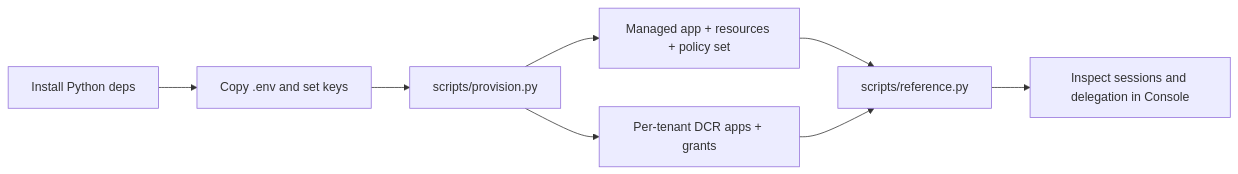
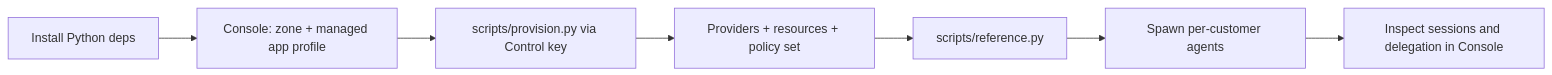
Before and after one commit to Ashutoshx7/caracal: the diagram in docs/src/content/docs/examples/lynx-capital.mdx, drawn with Mermaid. The commit also changed other lines of this file and 3 other files, not shown here.

Commit message:
Refactor Lynx Capital documentation and environment files to replace 'tenant' terminology with 'customer' for clarity; update README, .env.example, and .env.provision.example to reflect customer-centric model.

````diff
--- a/docs/src/content/docs/examples/lynx-capital.mdx
+++ b/docs/src/content/docs/examples/lynx-capital.mdx
@@ -36,10 +39,9 @@
 ```mermaid
 flowchart LR
-  Install[Install Python deps] --> Env[Copy .env and set keys]
-  Env --> Provision[scripts/provision.py]
-  Provision --> Managed[Managed app + resources + policy set]
-  Provision --> Tenants[Per-tenant DCR apps + grants]
-  Managed --> Reference[scripts/reference.py]
-  Tenants --> Reference
-  Reference --> Inspect[Inspect sessions and delegation in Console]
+  Install[Install Python deps] --> Profile[Console: zone + managed app profile]
+  Profile --> Provision[scripts/provision.py via Control key]
+  Provision --> Objects[Providers + resources + policy set]
+  Objects --> Reference[scripts/reference.py]
+  Reference --> Spawn[Spawn per-customer agents]
+  Spawn --> Inspect[Inspect sessions and delegation in Console]
 ```
````
